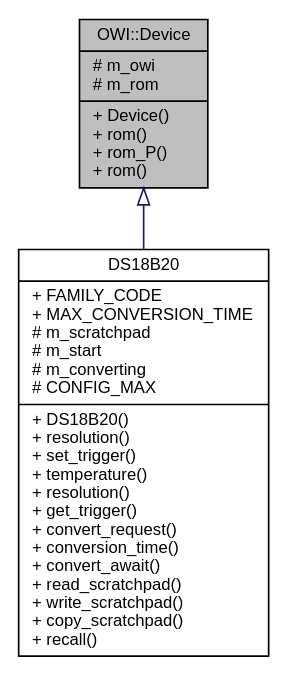
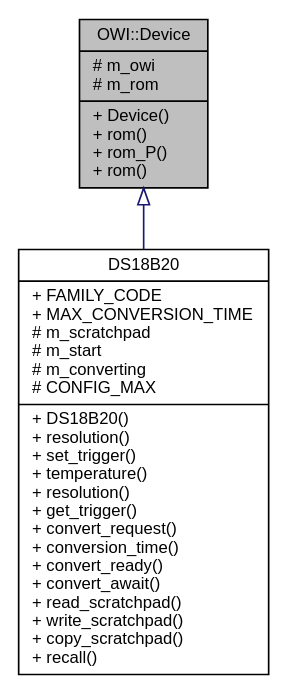
Before and after one commit to mikaelpatel/mikaelpatel.github.io: the diagram in Arduino-OWI/d7/db8/classOWI_1_1Device__inherit__graph.dot, drawn with Graphviz. The commit also changed 175 other files, not shown here.

```diff
--- a/Arduino-OWI/d7/db8/classOWI_1_1Device__inherit__graph.dot
+++ b/Arduino-OWI/d7/db8/classOWI_1_1Device__inherit__graph.dot
@@ -1,8 +1,8 @@
 digraph "OWI::Device"
 {
   edge [fontname="Helvetica",fontsize="10",labelfontname="Helvetica",labelfontsize="10"];
   node [fontname="Helvetica",fontsize="10",shape=record];
   Node1 [label="{OWI::Device\n|# m_owi\l# m_rom\l|+ Device()\l+ rom()\l+ rom_P()\l+ rom()\l}",height=0.2,width=0.4,color="black", fillcolor="grey75", style="filled", fontcolor="black"];
   Node1 -> Node2 [dir="back",color="midnightblue",fontsize="10",style="solid",arrowtail="onormal",fontname="Helvetica"];
-  Node2 [label="{DS18B20\n|+ FAMILY_CODE\l+ MAX_CONVERSION_TIME\l# m_scratchpad\l# m_start\l# m_converting\l# CONFIG_MAX\l|+ DS18B20()\l+ resolution()\l+ set_trigger()\l+ temperature()\l+ resolution()\l+ get_trigger()\l+ convert_request()\l+ conversion_time()\l+ convert_await()\l+ read_scratchpad()\l+ write_scratchpad()\l+ copy_scratchpad()\l+ recall()\l}",height=0.2,width=0.4,color="black", fillcolor="white", style="filled",URL="$da/dc6/classDS18B20.html"];
+  Node2 [label="{DS18B20\n|+ FAMILY_CODE\l+ MAX_CONVERSION_TIME\l# m_scratchpad\l# m_start\l# m_converting\l# CONFIG_MAX\l|+ DS18B20()\l+ resolution()\l+ set_trigger()\l+ temperature()\l+ resolution()\l+ get_trigger()\l+ convert_request()\l+ conversion_time()\l+ convert_ready()\l+ convert_await()\l+ read_scratchpad()\l+ write_scratchpad()\l+ copy_scratchpad()\l+ recall()\l}",height=0.2,width=0.4,color="black", fillcolor="white", style="filled",URL="$da/dc6/classDS18B20.html"];
 }
```
